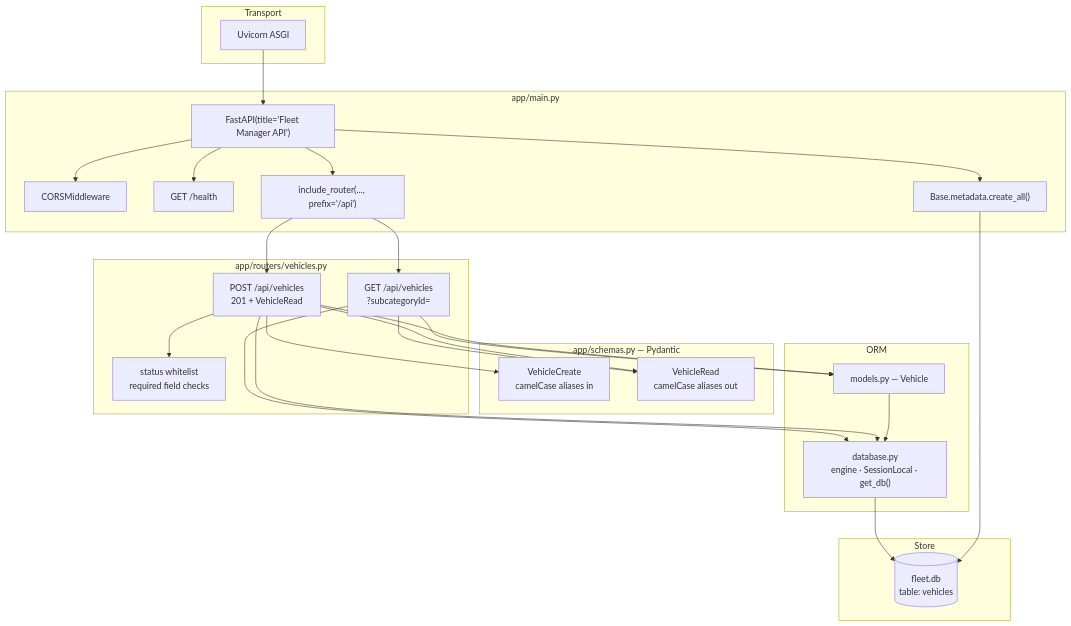
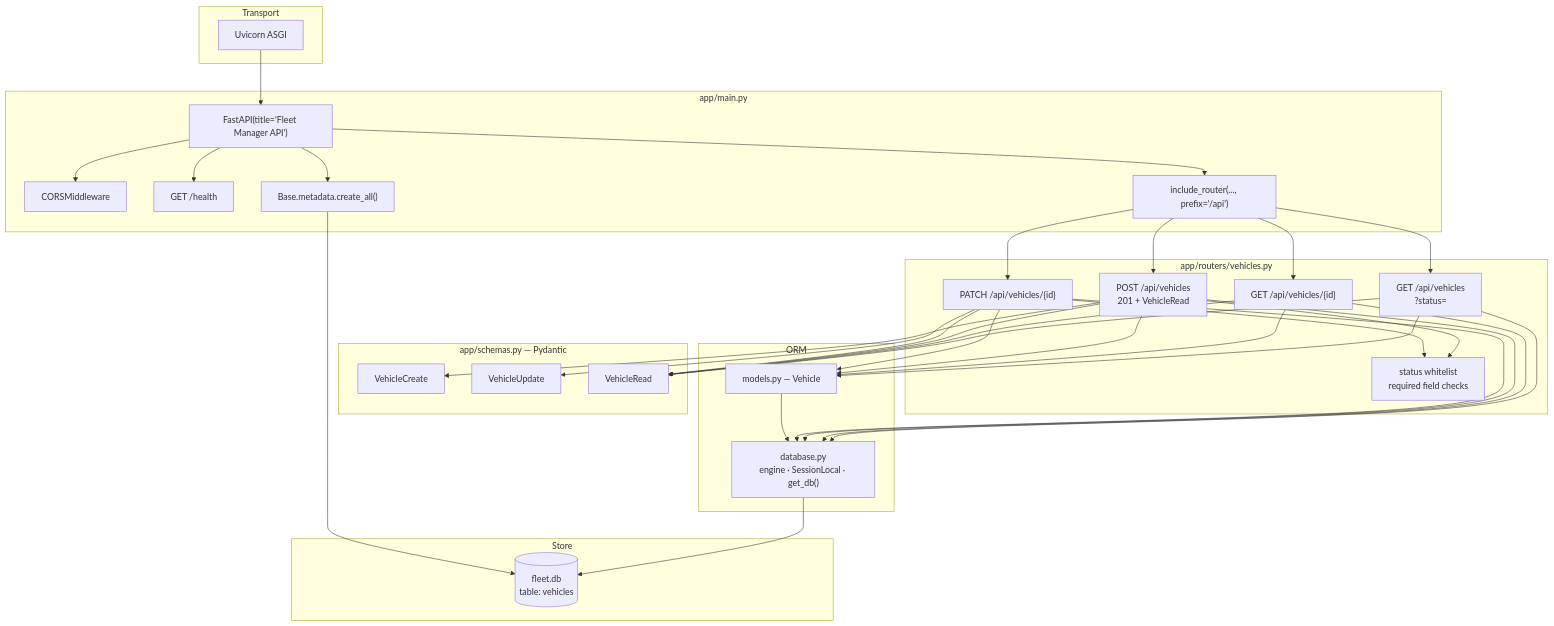
Before and after one commit to ajeske/fleet-app: the third of 10 diagrams in README.md, drawn with Mermaid. The commit also changed other lines of this file and 10 other files, not shown here.

````diff
--- a/README.md
+++ b/README.md
@@ -108,53 +114,66 @@
 ```mermaid
 flowchart TB
   subgraph Transport["Transport"]
     Uvicorn["Uvicorn ASGI"]
   end
 
   subgraph AppLayer["app/main.py"]
     FastAPIApp["FastAPI(title='Fleet Manager API')"]
     CORS["CORSMiddleware"]
     Health["GET /health"]
     Mount["include_router(..., prefix='/api')"]
     CreateAll["Base.metadata.create_all()"]
   end
 
   subgraph RouterLayer["app/routers/vehicles.py"]
-    List["GET /api/vehicles\n?subcategoryId="]
+    List["GET /api/vehicles\n?status="]
+    GetOne["GET /api/vehicles/{id}"]
     Create["POST /api/vehicles\n201 + VehicleRead"]
+    Update["PATCH /api/vehicles/{id}"]
     Validate["status whitelist\nrequired field checks"]
   end
 
   subgraph SchemaLayer["app/schemas.py — Pydantic"]
-    VCreate["VehicleCreate\ncamelCase aliases in"]
-    VRead["VehicleRead\ncamelCase aliases out"]
+    VCreate["VehicleCreate"]
+    VUpdate["VehicleUpdate"]
+    VRead["VehicleRead"]
   end
 
   subgraph OrmLayer["ORM"]
     Model["models.py — Vehicle"]
     Db["database.py\nengine · SessionLocal · get_db()"]
   end
 
   subgraph Store["Store"]
     SQLite[("fleet.db\ntable: vehicles")]
   end
 
   Uvicorn --> FastAPIApp
   FastAPIApp --> CORS
   FastAPIApp --> Health
   FastAPIApp --> Mount
   FastAPIApp --> CreateAll
   Mount --> List
+  Mount --> GetOne
   Mount --> Create
+  Mount --> Update
   List --> VRead
+  GetOne --> VRead
   Create --> VCreate
   Create --> Validate
   Create --> VRead
+  Update --> VUpdate
+  Update --> Validate
+  Update --> VRead
   List --> Model
+  GetOne --> Model
   Create --> Model
+  Update --> Model
   List --> Db
+  GetOne --> Db
   Create --> Db
+  Update --> Db
   Model --> Db
   Db --> SQLite
   CreateAll --> SQLite
 ```
````
